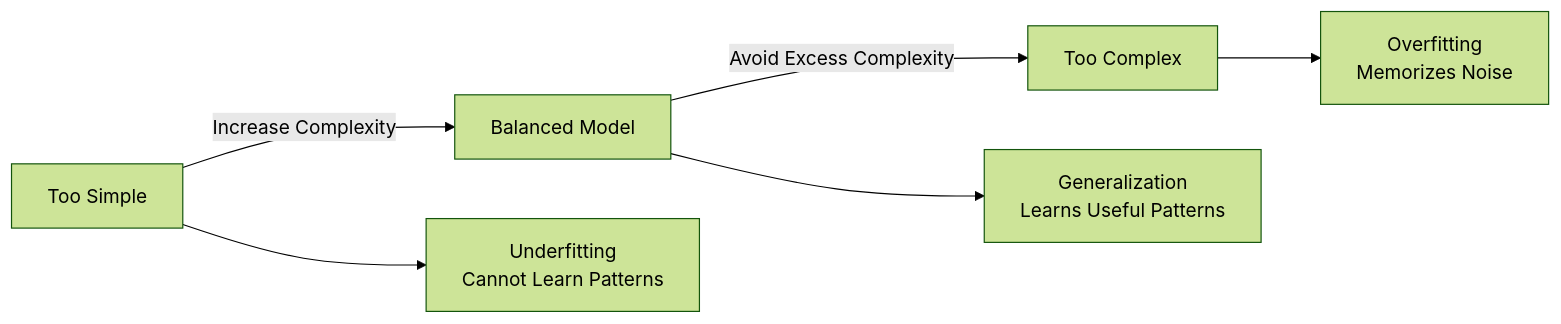
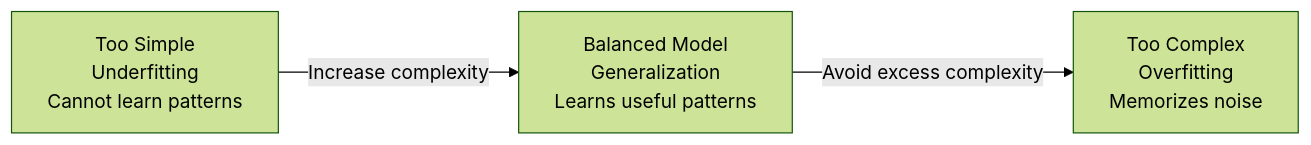
The third of 3 diagrams in 03_Machine Learning/01_Supervised/02_Problem_in_Ml/02_Bias_Variance_Tradeoff/doc/03_How_to_balance.md (RoBiul-Hasan-Jisan/Machine_learning), drawn with Mermaid (forest theme) before and after one commit. The commit also changed other lines of this file, not shown here.

````diff
--- a/03_Machine Learning/01_Supervised/02_Problem_in_Ml/02_Bias_Variance_Tradeoff/doc/03_How_to_balance.md
+++ b/03_Machine Learning/01_Supervised/02_Problem_in_Ml/02_Bias_Variance_Tradeoff/doc/03_How_to_balance.md
@@ -607,13 +451,9 @@
 ```mermaid
-    flowchart LR
-    A[Too Simple]
-    B[Balanced Model]
-    C[Too Complex]
+flowchart LR
+    A["Too Simple<br/>Underfitting<br/>Cannot learn patterns"]
+    B["Balanced Model<br/>Generalization<br/>Learns useful patterns"]
+    C["Too Complex<br/>Overfitting<br/>Memorizes noise"]
 
-    A -->|Increase Complexity| B
-    B -->|Avoid Excess Complexity| C
-
-    A --> A1[Underfitting<br/>Cannot Learn Patterns]
-    B --> B1[Generalization<br/>Learns Useful Patterns]
-    C --> C1[Overfitting<br/>Memorizes Noise]
+    A -->|Increase complexity| B
+    B -->|Avoid excess complexity| C
 ```
````
